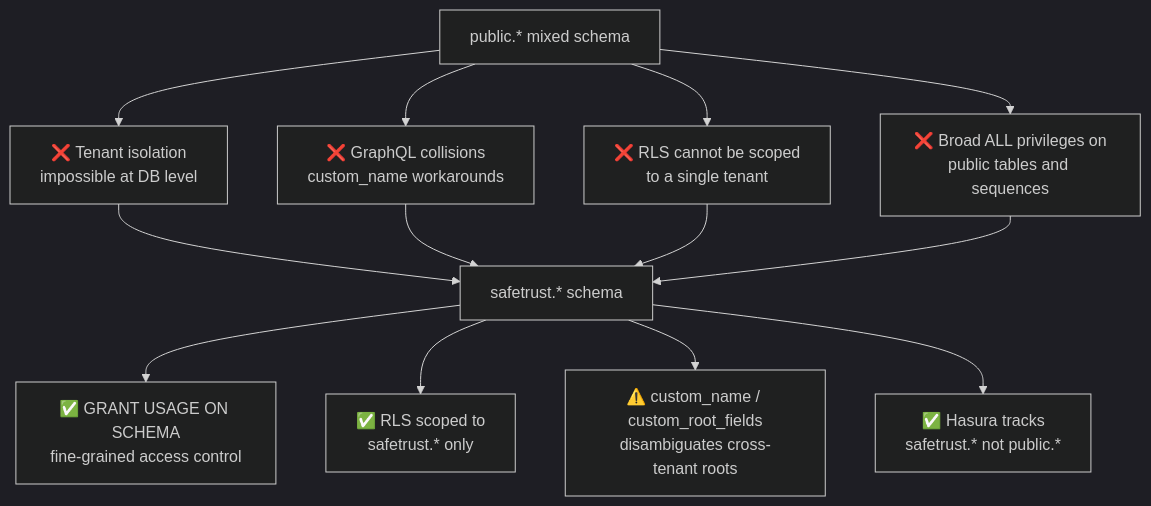
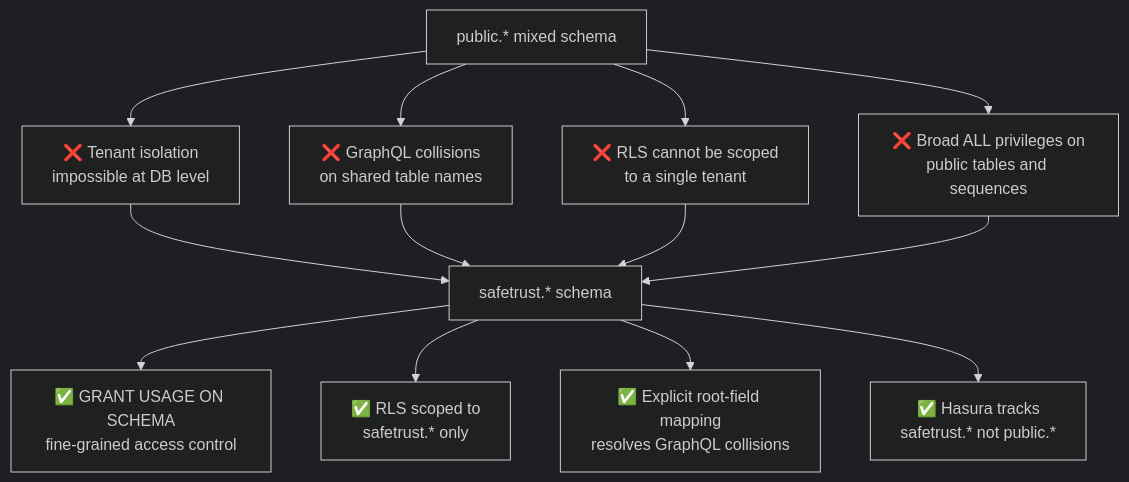
The second of 6 diagrams in docs/migrations/safetrust-schema-migration.md (safetrustcr/backend-SafeTrust), drawn with Mermaid (dark theme) before and after one commit. The commit also changed other lines of this file, not shown here.

Commit message:
docs(migrations): refine schema privilege distinctions, GraphQL disambiguation, and recovery workflows

````diff
--- a/docs/migrations/safetrust-schema-migration.md
+++ b/docs/migrations/safetrust-schema-migration.md
@@ -79,19 +79,19 @@
 ```mermaid
 flowchart TD
     OLD[public.* mixed schema]
 
     OLD --> P1[❌ Tenant isolation<br/>impossible at DB level]
-    OLD --> P2[❌ GraphQL collisions<br/>custom_name workarounds]
+    OLD --> P2[❌ GraphQL collisions<br/>on shared table names]
     OLD --> P3[❌ RLS cannot be scoped<br/>to a single tenant]
     OLD --> P4[❌ Broad ALL privileges on<br/>public tables and sequences]
 
     P1 --> FIX[safetrust.* schema]
     P2 --> FIX
     P3 --> FIX
     P4 --> FIX
 
     FIX --> R1[✅ GRANT USAGE ON SCHEMA<br/>fine-grained access control]
     FIX --> R2[✅ RLS scoped to<br/>safetrust.* only]
-    FIX --> R3[⚠️ custom_name / custom_root_fields<br/>disambiguates cross-tenant roots]
+    FIX --> R3[✅ Explicit root-field mapping<br/>resolves GraphQL collisions]
     FIX --> R4[✅ Hasura tracks<br/>safetrust.* not public.*]
 ```
````
